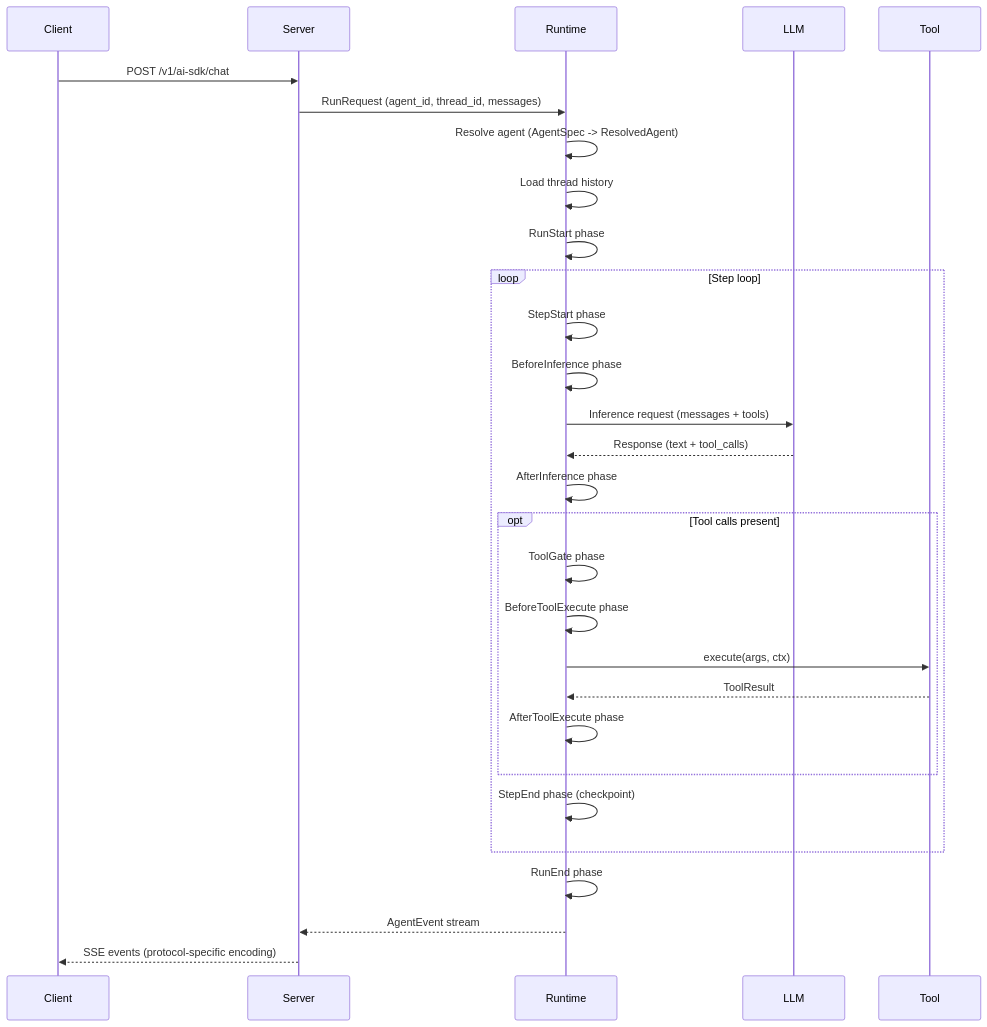
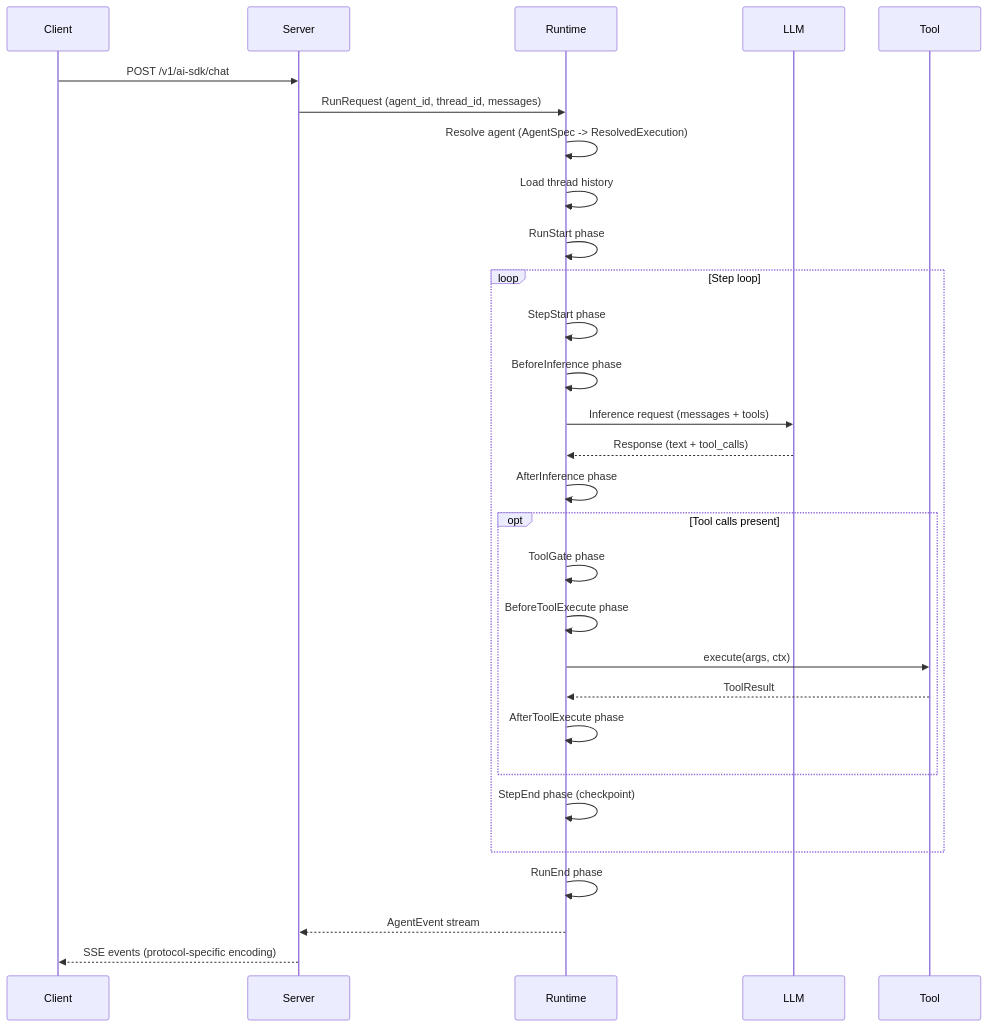
Before and after one commit to awakenworks/awaken: the diagram in docs/book/src/explanation/architecture.md, drawn with Mermaid. The commit also changed other lines of this file and 81 other files, not shown here.

````diff
--- a/docs/book/src/explanation/architecture.md
+++ b/docs/book/src/explanation/architecture.md
@@ -32,32 +32,32 @@
 ```mermaid
 sequenceDiagram
     participant Client
     participant Server
     participant Runtime
     participant LLM
     participant Tool
 
     Client->>Server: POST /v1/ai-sdk/chat
     Server->>Runtime: RunRequest (agent_id, thread_id, messages)
-    Runtime->>Runtime: Resolve agent (AgentSpec -> ResolvedAgent)
+    Runtime->>Runtime: Resolve agent (AgentSpec -> ResolvedExecution)
     Runtime->>Runtime: Load thread history
     Runtime->>Runtime: RunStart phase
     loop Step loop
         Runtime->>Runtime: StepStart phase
         Runtime->>Runtime: BeforeInference phase
         Runtime->>LLM: Inference request (messages + tools)
         LLM-->>Runtime: Response (text + tool_calls)
         Runtime->>Runtime: AfterInference phase
         opt Tool calls present
             Runtime->>Runtime: ToolGate phase
             Runtime->>Runtime: BeforeToolExecute phase
             Runtime->>Tool: execute(args, ctx)
             Tool-->>Runtime: ToolResult
             Runtime->>Runtime: AfterToolExecute phase
         end
         Runtime->>Runtime: StepEnd phase (checkpoint)
     end
     Runtime->>Runtime: RunEnd phase
     Runtime-->>Server: AgentEvent stream
     Server-->>Client: SSE events (protocol-specific encoding)
 ```
````
